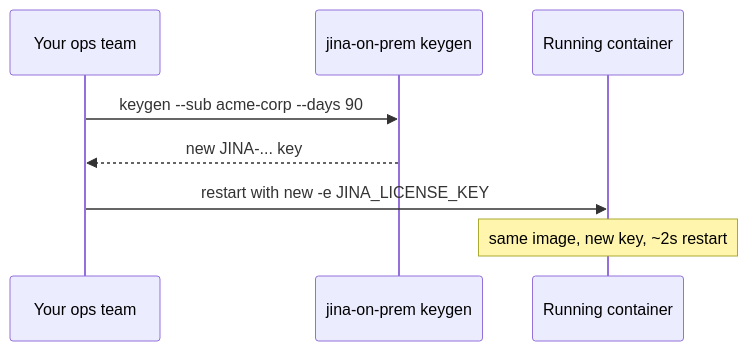
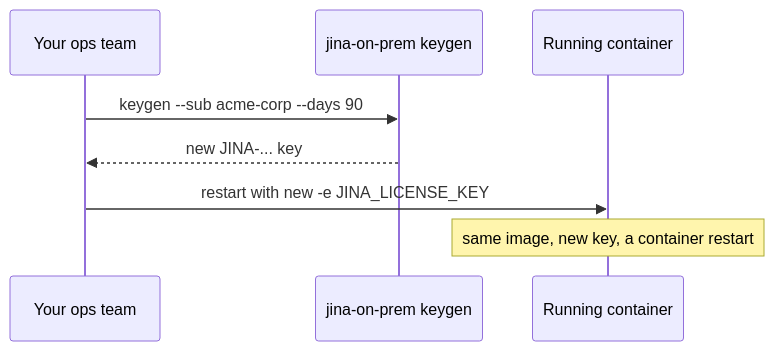
The second of 2 diagrams in docs/Licensing.md (jina-ai/jina-on-prem), drawn with Mermaid before and after one commit. The commit also changed other lines of this file and 19 other files, not shown here.

````diff
--- a/docs/Licensing.md
+++ b/docs/Licensing.md
@@ -214,11 +214,11 @@
 ```mermaid
 sequenceDiagram
     participant Ops as Your ops team
     participant CLI as jina-on-prem keygen
     participant C as Running container
 
     Ops->>CLI: keygen --sub acme-corp --days 90
     CLI-->>Ops: new JINA-... key
     Ops->>C: restart with new -e JINA_LICENSE_KEY
-    Note over C: same image, new key, ~2s restart
+    Note over C: same image, new key, a container restart
 ```
````
